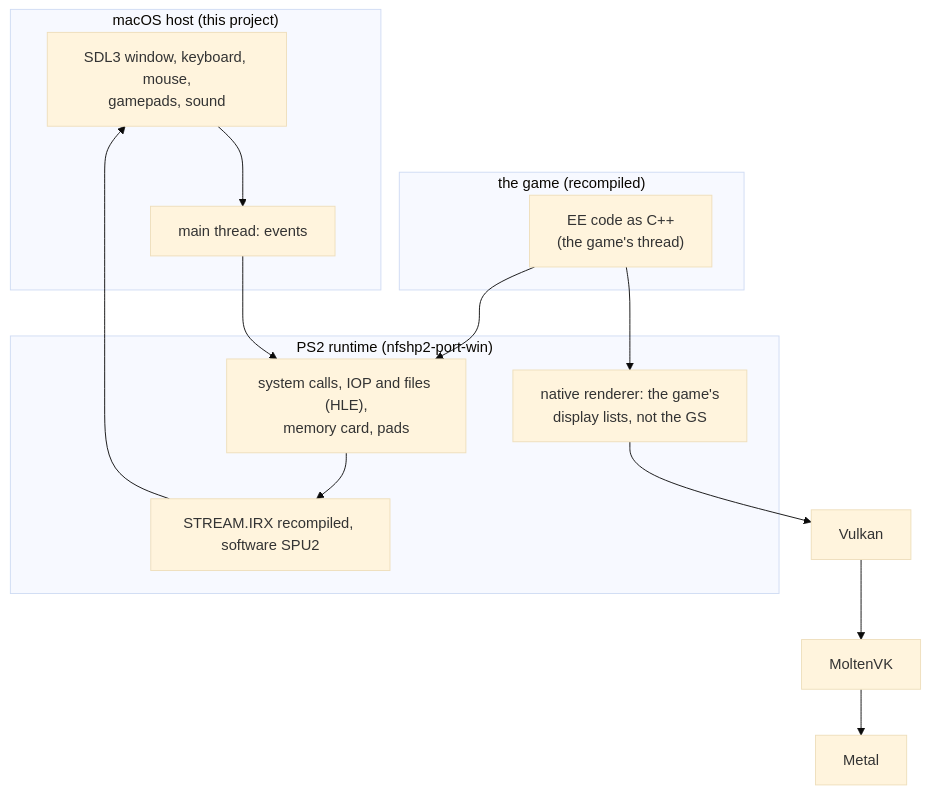
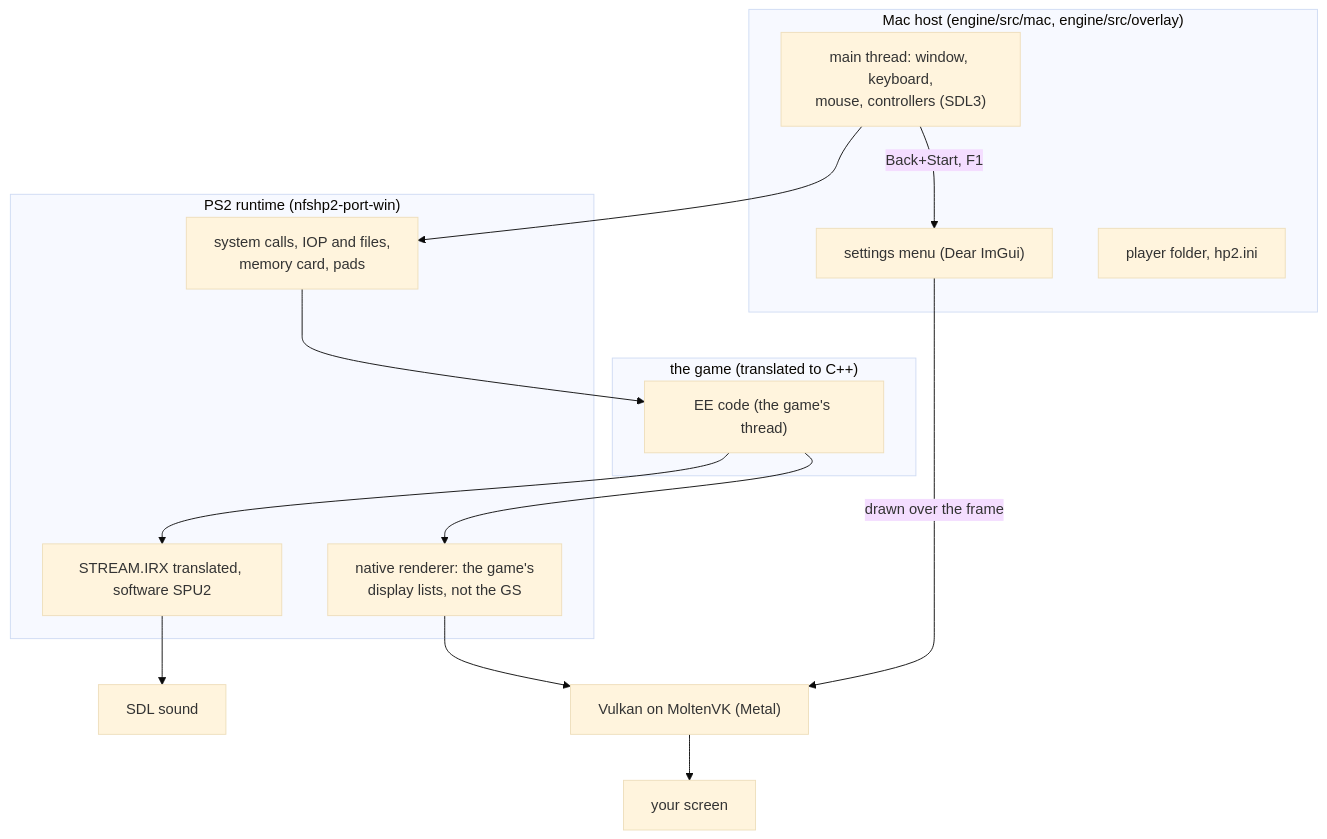
One commit to sanyokkua/nfs-hp2-ps2-port changed the second of 2 diagrams in README.md. Above: the diagram before and after it, drawn with Mermaid (base theme). The commit also changed other lines of this file and 80 other files, not shown here.

````diff
--- a/README.md
+++ b/README.md
@@ -77,18 +143,22 @@
 ```mermaid
 flowchart TB
-    subgraph host["macOS host (this project)"]
-        SDL["SDL3 window, keyboard, mouse,<br/>gamepads, sound"]
-        MAIN["main thread: events"]
+    subgraph mac["Mac host (engine/src/mac, engine/src/overlay)"]
+        EV["main thread: window, keyboard,<br/>mouse, controllers (SDL3)"]
+        MENU["settings menu (Dear ImGui)"]
+        PLAYER["player folder, hp2.ini"]
     end
-    subgraph game["the game (recompiled)"]
-        EE["EE code as C++<br/>(the game's thread)"]
+    subgraph game["the game (translated to C++)"]
+        EE["EE code (the game's thread)"]
     end
     subgraph runtime["PS2 runtime (nfshp2-port-win)"]
-        HLE["system calls, IOP and files (HLE),<br/>memory card, pads"]
-        SPU["STREAM.IRX recompiled, software SPU2"]
+        HLE["system calls, IOP and files,<br/>memory card, pads"]
+        SPU["STREAM.IRX translated, software SPU2"]
         NAT["native renderer: the game's<br/>display lists, not the GS"]
     end
-    EE --> HLE --> SPU --> SDL
-    EE --> NAT --> VK["Vulkan"] --> MVK["MoltenVK"] --> METAL["Metal"]
-    SDL --> MAIN --> HLE
+    EV --> HLE --> EE
+    EV -->|"Back+Start, F1"| MENU
+    EE --> SPU --> OUT["SDL sound"]
+    EE --> NAT --> VK["Vulkan on MoltenVK (Metal)"]
+    MENU -->|"drawn over the frame"| VK
+    VK --> SCREEN["your screen"]
 ```
````
